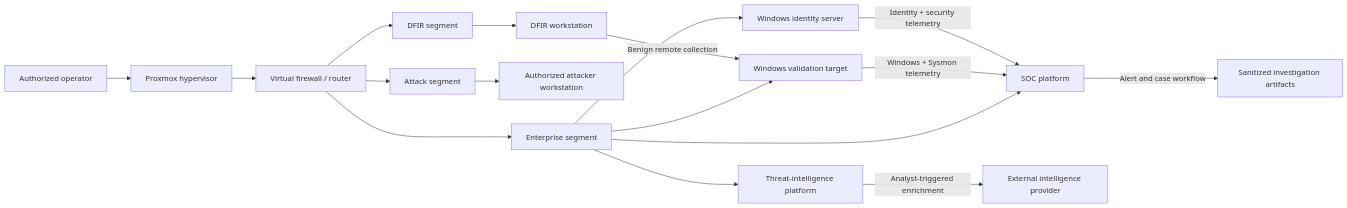
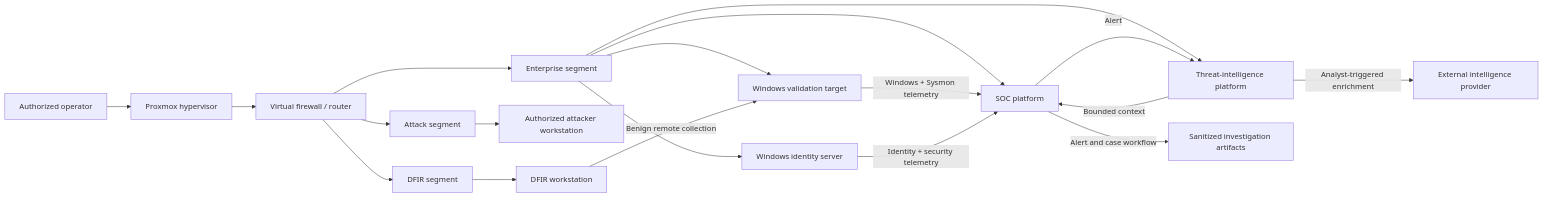
One commit to egrexsec/mayuri-purple-team-lab changed the diagram in README.md. Above: the diagram before and after it, drawn with Mermaid. The commit also changed other lines of this file and 16 other files, not shown here.

Commit message:
feat: add fail-open CTI alert enrichment

````diff
--- a/README.md
+++ b/README.md
@@ -39,22 +40,24 @@
 ```mermaid
 flowchart LR
     Admin[Authorized operator] --> PVE[Proxmox hypervisor]
     PVE --> FW[Virtual firewall / router]
 
     FW --> ENT[Enterprise segment]
     FW --> ATK[Attack segment]
     FW --> DFR[DFIR segment]
 
     ENT --> DC[Windows identity server]
     ENT --> WIN[Windows validation target]
     ENT --> SOC[SOC platform]
     ENT --> CTI[Threat-intelligence platform]
     ATK --> KALI[Authorized attacker workstation]
     DFR --> DFIR[DFIR workstation]
 
     WIN -->|Windows + Sysmon telemetry| SOC
     DC -->|Identity + security telemetry| SOC
+    SOC -->|Alert| CTI
+    CTI -->|Bounded context| SOC
     SOC -->|Alert and case workflow| CASES[Sanitized investigation artifacts]
     DFIR -->|Benign remote collection| WIN
     CTI -->|Analyst-triggered enrichment| EXT[External intelligence provider]
 ```
````
